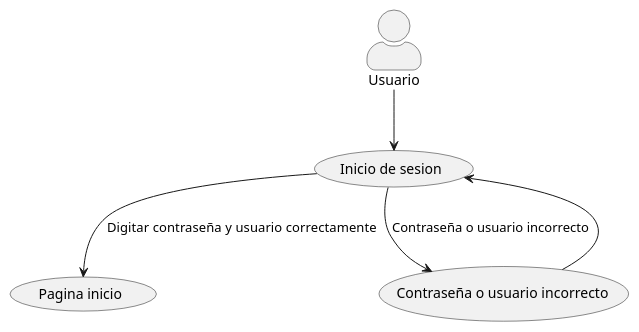
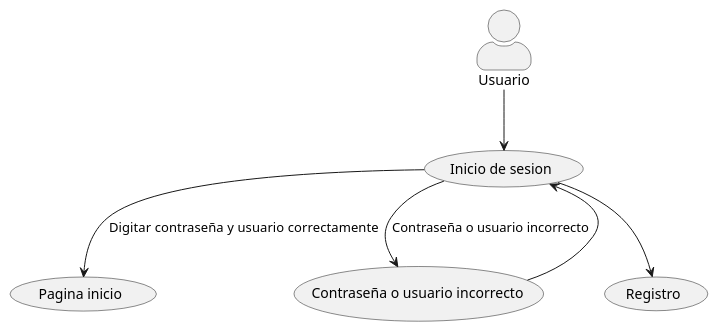
Before and after one commit to DDSlayer64/Casos-Uso: the diagram in IniS.puml, drawn with PlantUML. The commit also changed 7 other files, not shown here.

```diff
--- a/IniS.puml
+++ b/IniS.puml
@@ -1,16 +1,18 @@
 @startuml CasosDeUso
 skinparam actorStyle awesome
 
 :Usuario: as usuario 
 (Inicio de sesion) as inicioS
 (Pagina inicio) as inicio 
 (Contraseña o usuario incorrecto) as Cu
+(Registro) as re
 
 
 inicioS --> inicio : Digitar contraseña y usuario  correctamente
 usuario --> inicioS
 inicioS --> Cu : Contraseña o usuario incorrecto 
 Cu --> inicioS
+inicioS --> re
 
 
 @enduml
```
